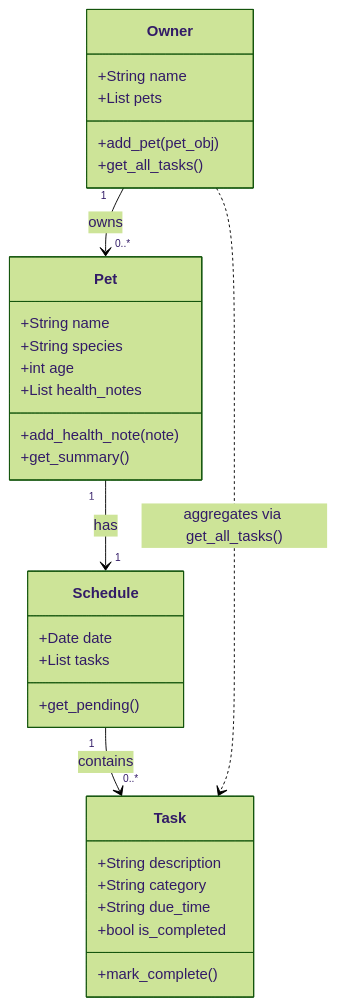
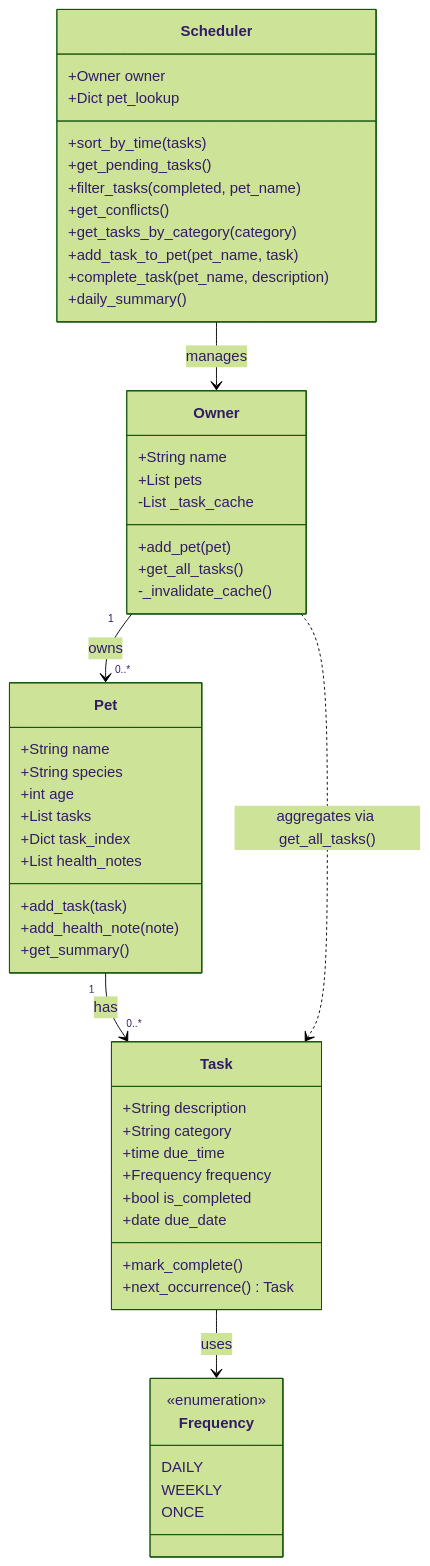
The diagram in class_diagram.md (kimj25/ai110-module2show-pawpal-starter), drawn with Mermaid (forest theme) before and after one commit. The commit also changed other lines of this file and 4 other files, not shown here.

````diff
--- a/class_diagram.md
+++ b/class_diagram.md
@@ -35,37 +55,60 @@
 ```mermaid
 classDiagram
-    class Owner {
-        +String name
-        +List pets
-        +add_pet(pet_obj)
-        +get_all_tasks()
+    class Frequency {
+        <<enumeration>>
+        DAILY
+        WEEKLY
+        ONCE
+    }
+
+    class Task {
+        +String description
+        +String category
+        +time due_time
+        +Frequency frequency
+        +bool is_completed
+        +date due_date
+        +mark_complete()
+        +next_occurrence() Task
     }
 
     class Pet {
         +String name
         +String species
         +int age
+        +List tasks
+        +Dict task_index
         +List health_notes
+        +add_task(task)
         +add_health_note(note)
         +get_summary()
     }
 
-    class Task {
-        +String description
-        +String category
-        +String due_time
-        +bool is_completed
-        +mark_complete()
+    class Owner {
+        +String name
+        +List pets
+        -List _task_cache
+        +add_pet(pet)
+        +get_all_tasks()
+        -_invalidate_cache()
     }
 
-    class Schedule {
-        +Date date
-        +List tasks
-        +get_pending()
+    class Scheduler {
+        +Owner owner
+        +Dict pet_lookup
+        +sort_by_time(tasks)
+        +get_pending_tasks()
+        +filter_tasks(completed, pet_name)
+        +get_conflicts()
+        +get_tasks_by_category(category)
+        +add_task_to_pet(pet_name, task)
+        +complete_task(pet_name, description)
+        +daily_summary()
     }
 
     Owner "1" --> "0..*" Pet : owns
-    Pet "1" --> "1" Schedule : has
-    Schedule "1" --> "0..*" Task : contains
+    Pet "1" --> "0..*" Task : has
+    Task --> Frequency : uses
+    Scheduler --> Owner : manages
     Owner ..> Task : aggregates via get_all_tasks()
 ```
````
